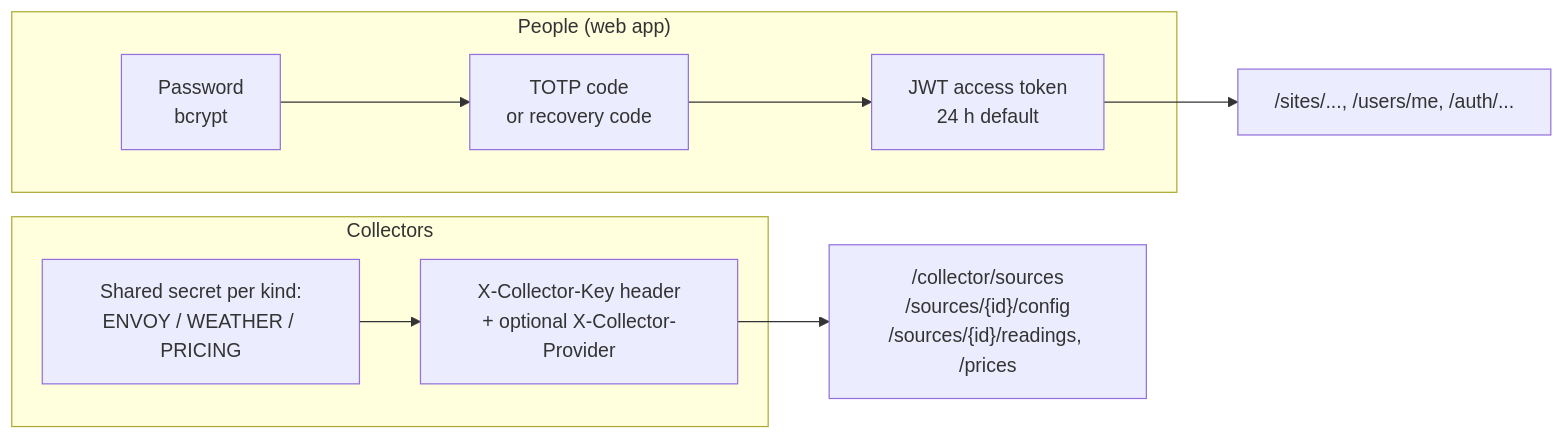
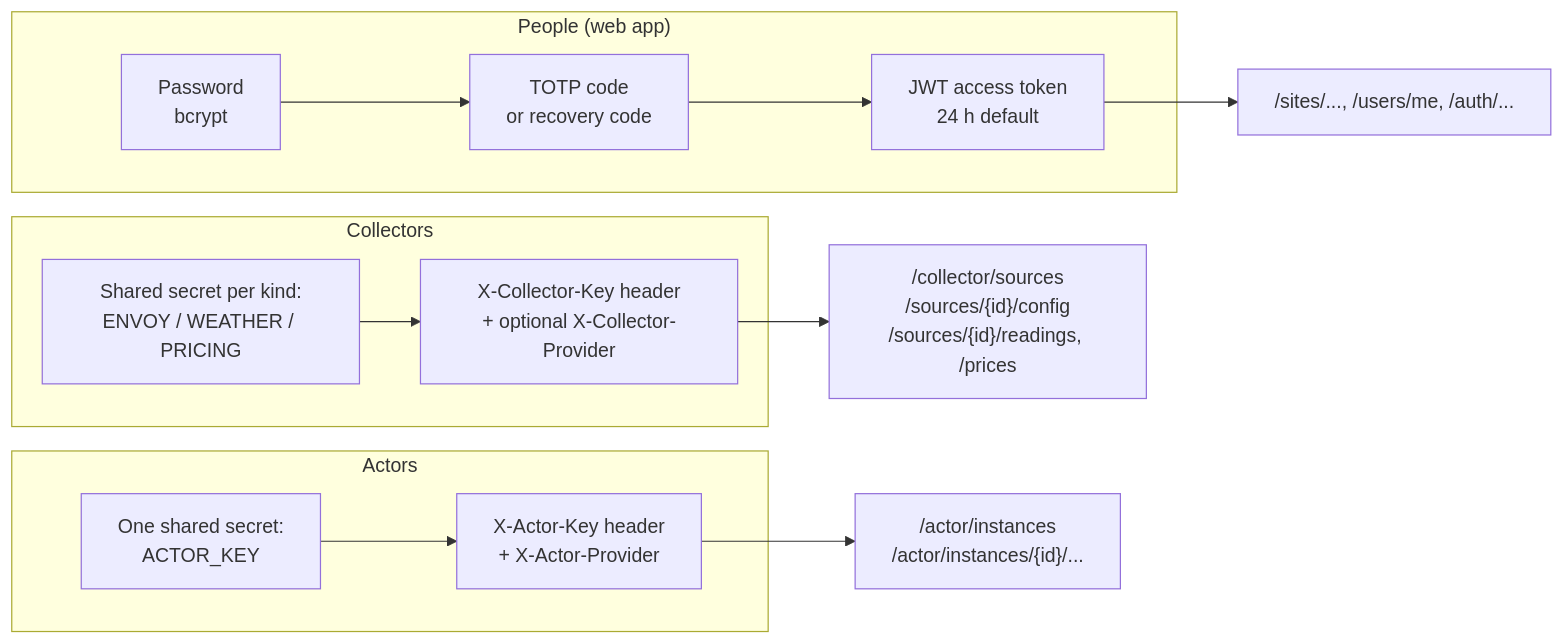
One commit to sschwetz/wattwise changed the third of 3 diagrams in docs/architecture.md. Above: the diagram before and after it, drawn with Mermaid. The commit also changed other lines of this file and 11 other files, not shown here.

````diff
--- a/docs/architecture.md
+++ b/docs/architecture.md
@@ -81,11 +86,15 @@
 ```mermaid
 flowchart LR
     subgraph People["People (web app)"]
         P1["Password<br/>bcrypt"] --> P2["TOTP code<br/>or recovery code"] --> P3["JWT access token<br/>24 h default"]
     end
     subgraph Machines["Collectors"]
         M1["Shared secret per kind:<br/>ENVOY / WEATHER / PRICING"] --> M2["X-Collector-Key header<br/>+ optional X-Collector-Provider"]
     end
+    subgraph Actors["Actors"]
+        A1["One shared secret:<br/>ACTOR_KEY"] --> A2["X-Actor-Key header<br/>+ X-Actor-Provider"]
+    end
     P3 --> U["/sites/..., /users/me, /auth/..."]
     M2 --> C["/collector/sources<br/>/sources/{id}/config<br/>/sources/{id}/readings, /prices"]
+    A2 --> D["/actor/instances<br/>/actor/instances/{id}/..."]
 ```
````
